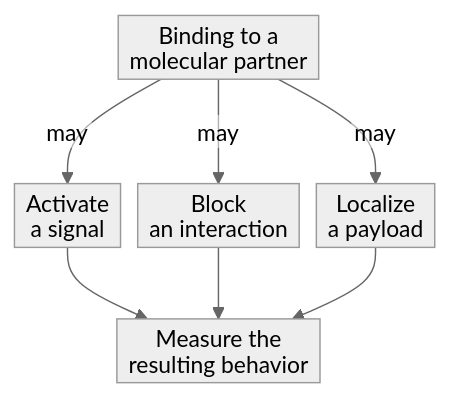
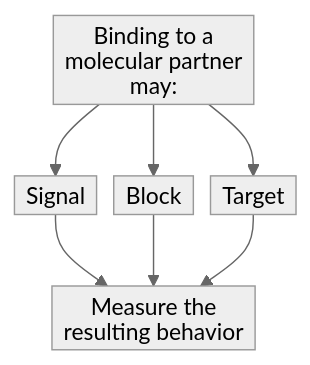
One commit to jasonLaster/oncoguide changed the diagram in wiki/education/concepts/biology-basics/signaling/ligand-and-receptor.md. Above: the diagram before and after it, drawn with Mermaid (neutral theme). The commit also changed other lines of this file and 1 other file, not shown here.

Commit message:
Sync compact mobile ligand map and explanatory caption

````diff
--- a/wiki/education/concepts/biology-basics/signaling/ligand-and-receptor.md
+++ b/wiki/education/concepts/biology-basics/signaling/ligand-and-receptor.md
@@ -40,10 +40,10 @@
 ```mermaid
 %%{init: {"htmlLabels":false,"flowchart":{"htmlLabels":false,"padding":4,"nodeSpacing":12}}}%%
 flowchart TD
-    A["Binding to a<br/>molecular partner"] -->|may| B["Activate<br/>a signal"]
-    A -->|may| C["Block<br/>an interaction"]
-    A -->|may| D["Localize<br/>a payload"]
+    A["Binding to a<br/>molecular partner<br/>may:"] --> B["Signal"]
+    A --> C["Block"]
+    A --> D["Target"]
     B --> E["Measure the<br/>resulting behavior"]
     C --> E
     D --> E
 ```
````
